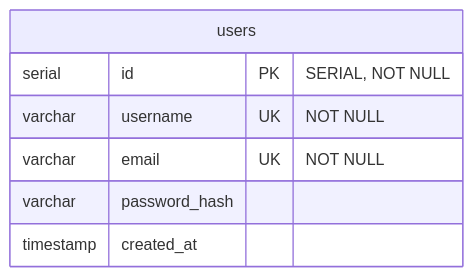
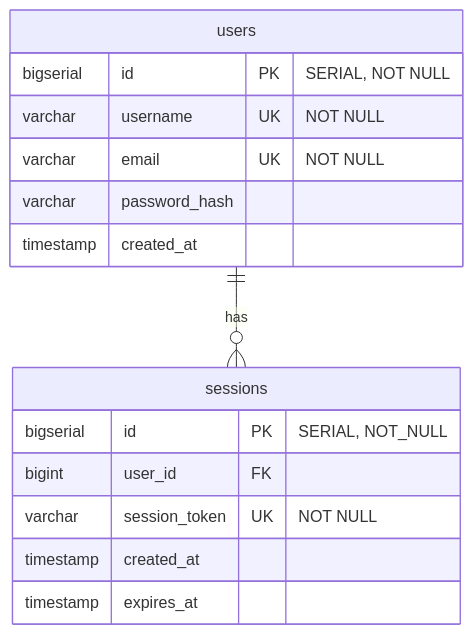
Before and after one commit to mist-interactive/backend: the diagram in README.md, drawn with Mermaid. The commit also changed other lines of this file, not shown here.

````diff
--- a/README.md
+++ b/README.md
@@ -35,10 +46,18 @@
 ```mermaid
 erDiagram
     users {
-        serial id PK "SERIAL, NOT NULL"
+        bigserial id PK "SERIAL, NOT NULL"
         varchar username UK "NOT NULL"
         varchar email UK "NOT NULL"
         varchar password_hash
         timestamp created_at
     }
+    sessions {
+      bigserial id PK "SERIAL, NOT_NULL"
+      bigint user_id FK
+      varchar session_token UK "NOT NULL"
+      timestamp created_at
+      timestamp expires_at
+    }
+    users ||--o{ sessions : "has"
 ```
````
